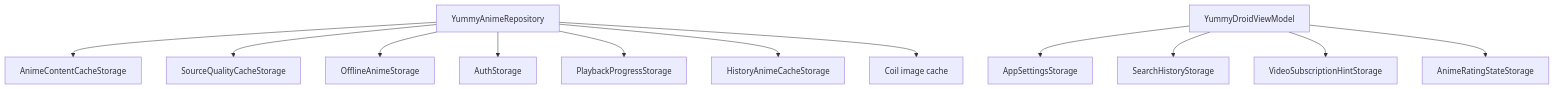
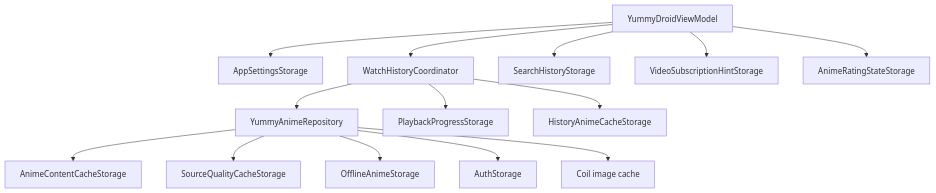
One commit to saltek1995/YummyDroid changed diagram 11 of 11 in docs/refactor-logic-map.md. Above: the diagram before and after it, drawn with Mermaid. The commit also changed other lines of this file and 3 other files, not shown here.

Commit message:
Extract watch history coordination

````diff
--- a/docs/refactor-logic-map.md
+++ b/docs/refactor-logic-map.md
@@ -418,27 +418,30 @@
 ```mermaid
 flowchart TD
     Repo[YummyAnimeRepository]
     Settings[AppSettingsStorage]
     Auth[AuthStorage]
     Progress[PlaybackProgressStorage]
     HistoryCache[HistoryAnimeCacheStorage]
+    HistoryCoordinator[WatchHistoryCoordinator]
     ContentCache[AnimeContentCacheStorage]
     SourceQuality[SourceQualityCacheStorage]
     Offline[OfflineAnimeStorage]
     SearchHistory[SearchHistoryStorage]
     SubHints[VideoSubscriptionHintStorage]
     Rating[AnimeRatingStateStorage]
     ImageCache[Coil image cache]
 
     Repo --> ContentCache
     Repo --> SourceQuality
     Repo --> Offline
     Repo --> Auth
-    Repo --> Progress
-    Repo --> HistoryCache
+    YummyDroidViewModel --> HistoryCoordinator
+    HistoryCoordinator --> Repo
+    HistoryCoordinator --> Progress
+    HistoryCoordinator --> HistoryCache
     Repo --> ImageCache
     YummyDroidViewModel --> Settings
     YummyDroidViewModel --> SearchHistory
     YummyDroidViewModel --> SubHints
     YummyDroidViewModel --> Rating
 ```
````
